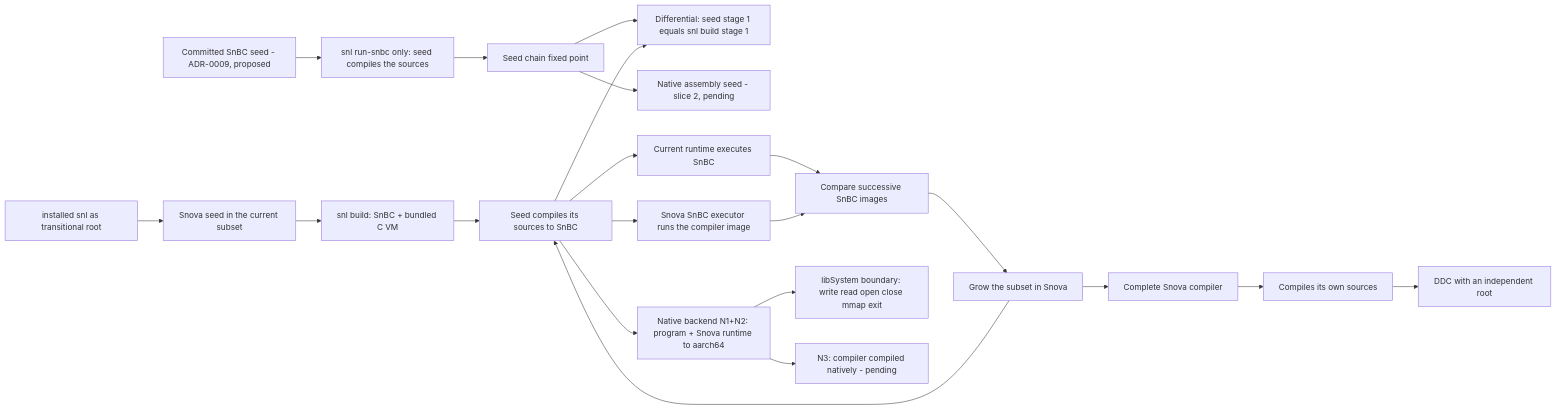
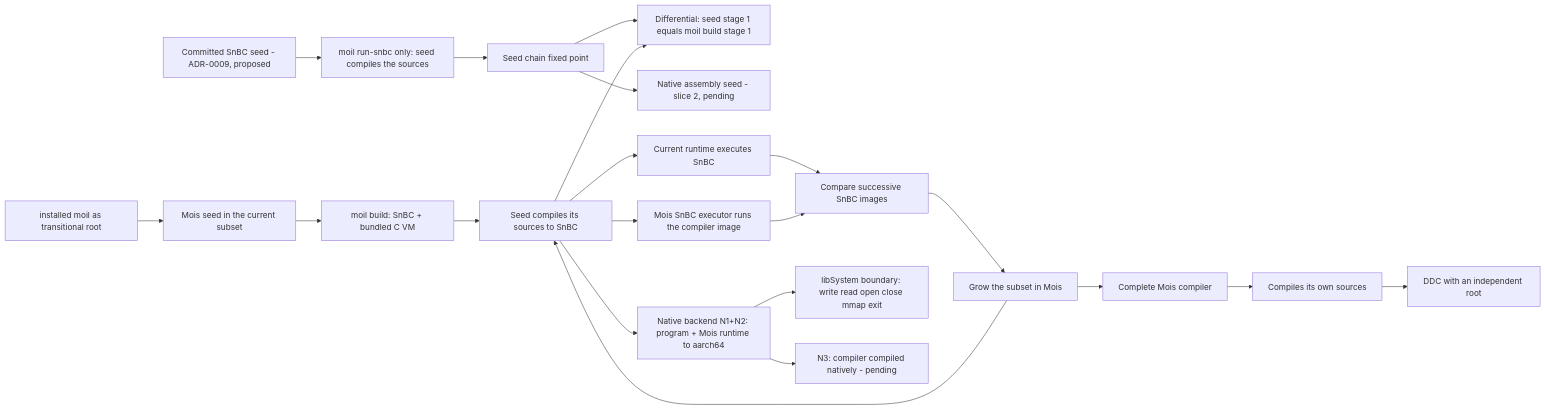
The diagram in docs/diagrams/bootstrap.mmd (moislang/moil), drawn with Mermaid before and after one commit. The commit also changed 124 other files, not shown here.

Commit message:
refactor: rename language and CLI to Mois and moil

```diff
--- a/docs/diagrams/bootstrap.mmd
+++ b/docs/diagrams/bootstrap.mmd
@@ -1,21 +1,21 @@
 flowchart LR
-  H[installed snl as transitional root] --> K[Snova seed in the current subset]
-  SEED[Committed SnBC seed - ADR-0009, proposed] --> RS[snl run-snbc only: seed compiles the sources]
+  H[installed moil as transitional root] --> K[Mois seed in the current subset]
+  SEED[Committed SnBC seed - ADR-0009, proposed] --> RS[moil run-snbc only: seed compiles the sources]
   RS --> SFP[Seed chain fixed point]
-  SFP --> DIFF[Differential: seed stage 1 equals snl build stage 1]
+  SFP --> DIFF[Differential: seed stage 1 equals moil build stage 1]
   C2 --> DIFF
   SFP --> NSEED[Native assembly seed - slice 2, pending]
-  K --> C1[snl build: SnBC + bundled C VM]
+  K --> C1[moil build: SnBC + bundled C VM]
   C1 --> C2[Seed compiles its sources to SnBC]
   C2 --> R[Current runtime executes SnBC]
   R --> FP[Compare successive SnBC images]
-  C2 --> VM[Snova SnBC executor runs the compiler image]
+  C2 --> VM[Mois SnBC executor runs the compiler image]
   VM --> FP
-  C2 --> NAT[Native backend N1+N2: program + Snova runtime to aarch64]
+  C2 --> NAT[Native backend N1+N2: program + Mois runtime to aarch64]
   NAT --> LS[libSystem boundary: write read open close mmap exit]
   NAT --> N3[N3: compiler compiled natively - pending]
-  FP --> C3[Grow the subset in Snova]
+  FP --> C3[Grow the subset in Mois]
   C3 --> C2
-  C3 --> CN[Complete Snova compiler]
+  C3 --> CN[Complete Mois compiler]
   CN --> SELF[Compiles its own sources]
   SELF --> DDC[DDC with an independent root]
```
